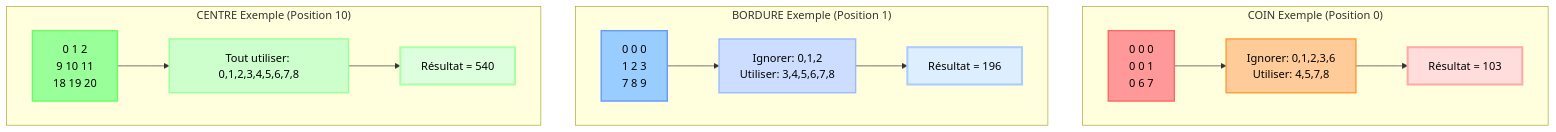
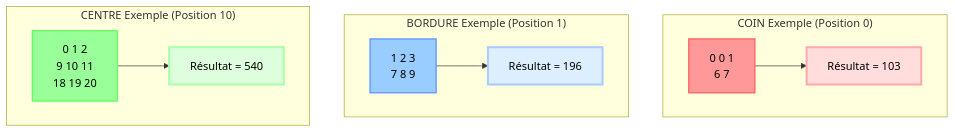
Before and after one commit to jalcim/logilib: the seventh of 14 diagrams in src/tensor/README_FR.md, drawn with Mermaid. The commit also changed other lines of this file and 1 other file, not shown here.

````diff
--- a/src/tensor/README_FR.md
+++ b/src/tensor/README_FR.md
@@ -119,39 +119,31 @@
 ```mermaid
 graph TD
     subgraph "COIN Exemple (Position 0)"
-        A1[0 0 0<br/>0 0 1<br/>0 6 7] --> B1[Ignorer: 0,1,2,3,6<br/>Utiliser: 4,5,7,8] --> C1[Résultat = 103]
+        A1[0 0 1<br/>6 7] --> C1[Résultat = 103]
     end
 
     subgraph "BORDURE Exemple (Position 1)"
-        A2[0 0 0<br/>1 2 3<br/>7 8 9] --> B2[Ignorer: 0,1,2<br/>Utiliser: 3,4,5,6,7,8] --> C2[Résultat = 196]
+        A2[1 2 3<br/>7 8 9] --> C2[Résultat = 196]
     end
 
     subgraph "CENTRE Exemple (Position 10)"
-        A3[0 1 2<br/>9 10 11<br/>18 19 20] --> B3[Tout utiliser: 0,1,2,3,4,5,6,7,8] --> C3[Résultat = 540]
+        A3[0 1 2<br/>9 10 11<br/>18 19 20] --> C3[Résultat = 540]
     end
 
     classDef cornerData fill:#ff9999,stroke:#ff6666,stroke-width:2px,color:#000
     classDef borderData fill:#99ccff,stroke:#6699ff,stroke-width:2px,color:#000
     classDef centerData fill:#99ff99,stroke:#66ff66,stroke-width:2px,color:#000
-
-    classDef cornerProcess fill:#ffcc99,stroke:#ff9933,stroke-width:2px,color:#000
-    classDef borderProcess fill:#ccddff,stroke:#99bbff,stroke-width:2px,color:#000
-    classDef centerProcess fill:#ccffcc,stroke:#99ff99,stroke-width:2px,color:#000
 
     classDef cornerResult fill:#ffdddd,stroke:#ffaaaa,stroke-width:3px,color:#000
     classDef borderResult fill:#ddeeff,stroke:#aaccff,stroke-width:3px,color:#000
     classDef centerResult fill:#ddffdd,stroke:#aaffaa,stroke-width:3px,color:#000
 
     class A1 cornerData
     class A2 borderData
     class A3 centerData
 
-    class B1 cornerProcess
-    class B2 borderProcess
-    class B3 centerProcess
-
     class C1 cornerResult
     class C2 borderResult
     class C3 centerResult
 
 ```
````
